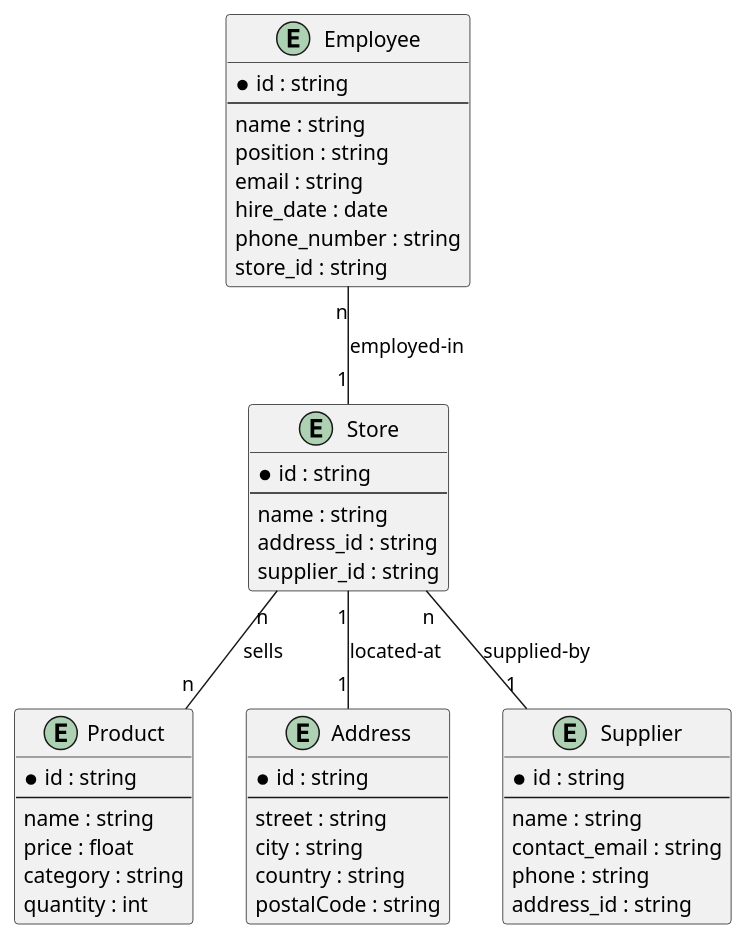
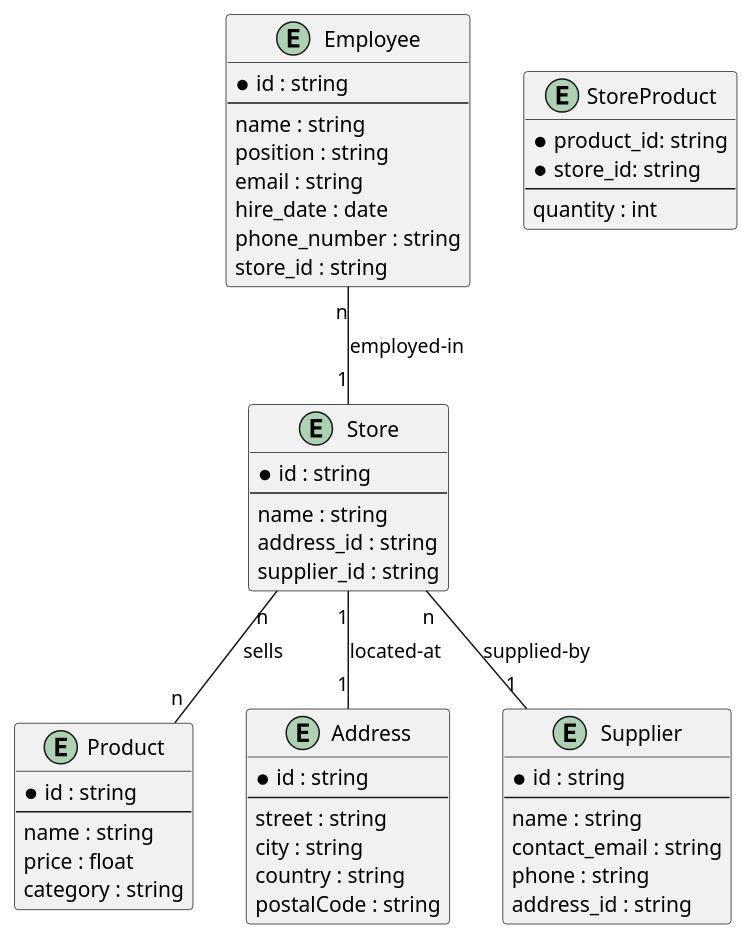
The diagram in en/en.plantuml (marius-a-mueller/avg-datenintegration), drawn with PlantUML before and after one commit.

Commit message:
StoreProduct hinzugefügt

```diff
--- a/en/en.plantuml
+++ b/en/en.plantuml
@@ -1,53 +1,59 @@
 @startuml en
 
 entity Employee {
   *id : string
   --
   name : string
   position : string
   email : string
   hire_date : date
   phone_number : string
   store_id : string
 }
 
 entity Product {
   *id : string
   --
   name : string
   price : float
   category : string
+}
+
+entity StoreProduct {
+  *product_id: string
+  *store_id: string
+  --
   quantity : int
 }
 
 entity Store {
   *id : string
   --
   name : string
   address_id : string
   supplier_id : string
 }
 
 entity Address {
   *id : string
   --
   street : string
   city : string
   country : string
   postalCode : string
 }
 
 entity Supplier {
   *id : string
   --
   name : string
   contact_email : string
   phone : string
   address_id : string
 }
 
 Employee "n" -- "1" Store : employed-in
 Store "1" -- "1" Address : located-at
 Store "n" -- "1" Supplier : supplied-by
 Store "n" -- "n" Product : sells
 @enduml
```
